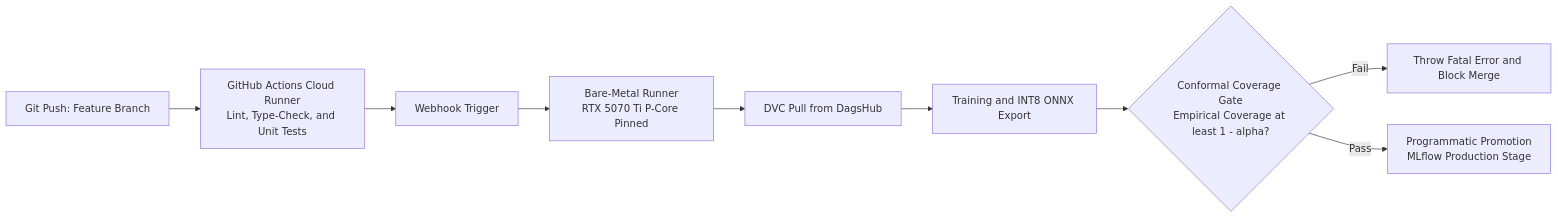
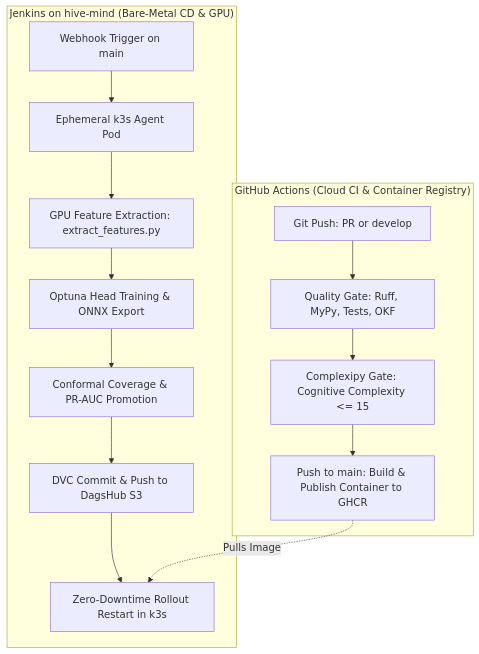
One commit to foersben/taxon-vision-mlops changed the second of 2 diagrams in docs/mlops_pipeline/dual_pipeline_architecture.md. Above: the diagram before and after it, drawn with Mermaid. The commit also changed other lines of this file and 6 other files, not shown here.

Commit message:
docs: synchronize Zensical documentation with feature extraction and GHCR deployment

````diff
--- a/docs/mlops_pipeline/dual_pipeline_architecture.md
+++ b/docs/mlops_pipeline/dual_pipeline_architecture.md
@@ -70,11 +70,19 @@
 ```mermaid
-flowchart LR
-    G1["Git Push: Feature Branch"] --> G2["GitHub Actions Cloud Runner<br/>Lint, Type-Check, and Unit Tests"]
-    G2 --> G3["Webhook Trigger"]
-    G3 --> G4["Bare-Metal Runner<br/>RTX 5070 Ti P-Core Pinned"]
-    G4 --> G5["DVC Pull from DagsHub"]
-    G5 --> G6["Training and INT8 ONNX Export"]
-    G6 --> G7{"Conformal Coverage Gate<br/>Empirical Coverage at least 1 - alpha?"}
-    G7 -->|Fail| G8["Throw Fatal Error and Block Merge"]
-    G7 -->|Pass| G9["Programmatic Promotion<br/>MLflow Production Stage"]
+flowchart TD
+    subgraph GHA["GitHub Actions (Cloud CI & Container Registry)"]
+        G1["Git Push: PR or develop"] --> G2["Quality Gate: Ruff, MyPy, Tests, OKF"]
+        G2 --> G3["Complexipy Gate: Cognitive Complexity <= 15"]
+        G3 --> G4["Push to main: Build & Publish Container to GHCR"]
+    end
+
+    subgraph Jenkins["Jenkins on hive-mind (Bare-Metal CD & GPU)"]
+        J1["Webhook Trigger on main"] --> J2["Ephemeral k3s Agent Pod"]
+        J2 --> J3["GPU Feature Extraction: extract_features.py"]
+        J3 --> J4["Optuna Head Training & ONNX Export"]
+        J4 --> J5["Conformal Coverage & PR-AUC Promotion"]
+        J5 --> J6["DVC Commit & Push to DagsHub S3"]
+        J6 --> J7["Zero-Downtime Rollout Restart in k3s"]
+    end
+
+    G4 -.->|Pulls Image| J7
 ```
````
